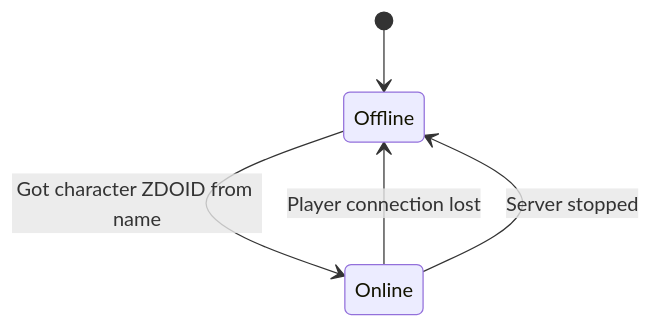
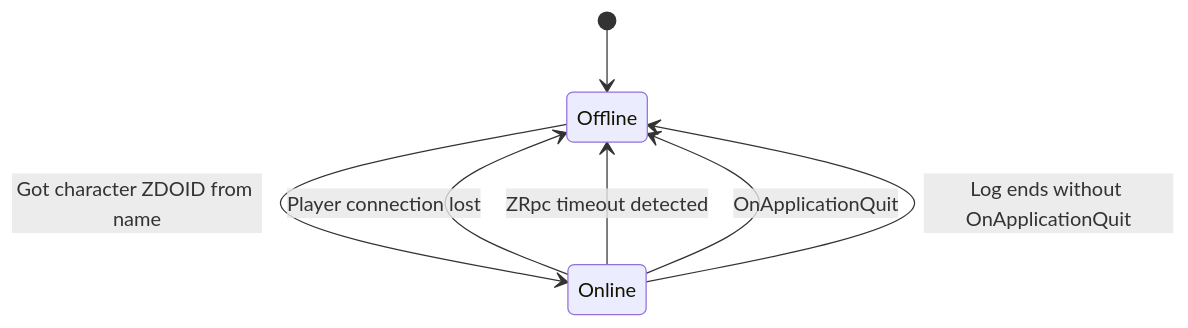
Before and after one commit to cristiadu/valheim-dashboard: the second of 3 diagrams in docs/dashboard-layout.md, drawn with Mermaid. The commit also changed other lines of this file, not shown here.

````diff
--- a/docs/dashboard-layout.md
+++ b/docs/dashboard-layout.md
@@ -36,7 +36,9 @@
 ```mermaid
 stateDiagram-v2
     [*] --> Offline
     Offline --> Online: Got character ZDOID from name
     Online --> Offline: Player connection lost
-    Online --> Offline: Server stopped
+    Online --> Offline: ZRpc timeout detected
+    Online --> Offline: OnApplicationQuit
+    Online --> Offline: Log ends without OnApplicationQuit
 ```
````
